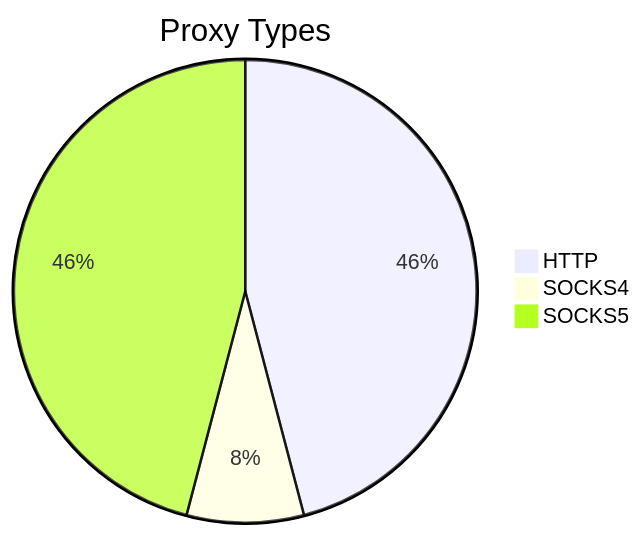
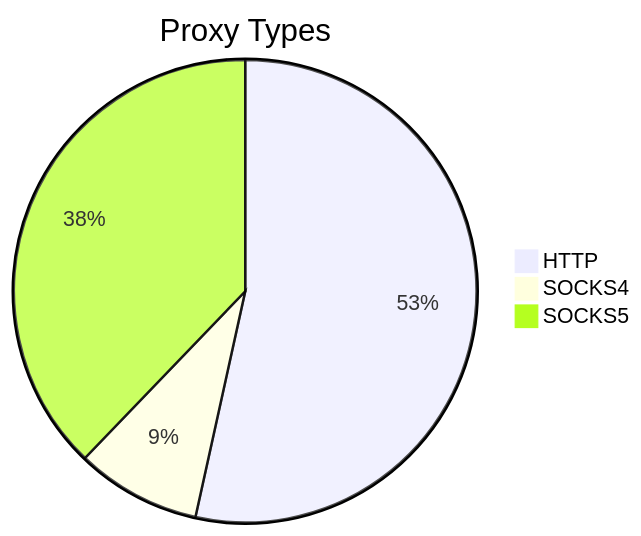
One commit to stormsia/proxy-list changed the first of 2 diagrams in README.md. Above: the diagram before and after it, drawn with Mermaid. The commit also changed other lines of this file, not shown here.

````diff
--- a/README.md
+++ b/README.md
@@ -21,6 +21,6 @@
 ```mermaid
 pie title Proxy Types
-    "HTTP" : 163
-    "SOCKS4" : 29
-    "SOCKS5" : 163
+    "HTTP" : 147
+    "SOCKS4" : 24
+    "SOCKS5" : 104
 ```
````
